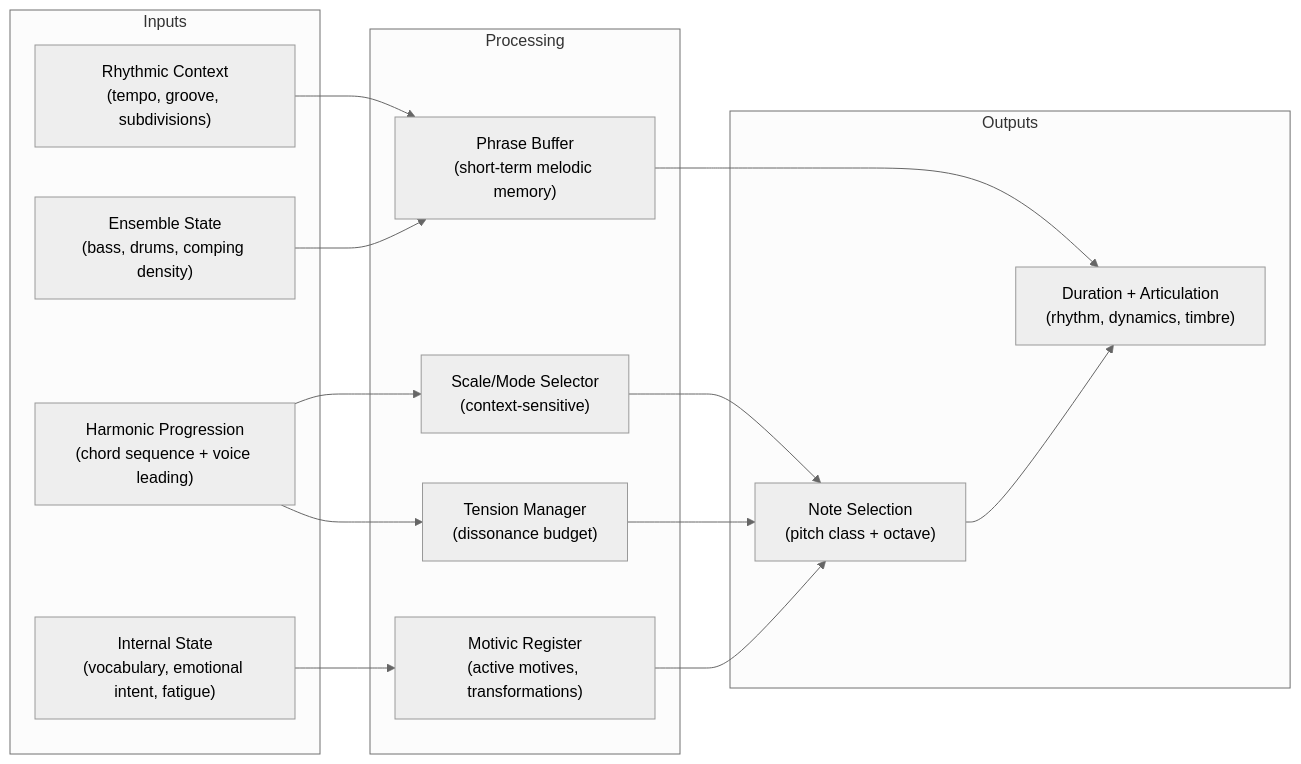
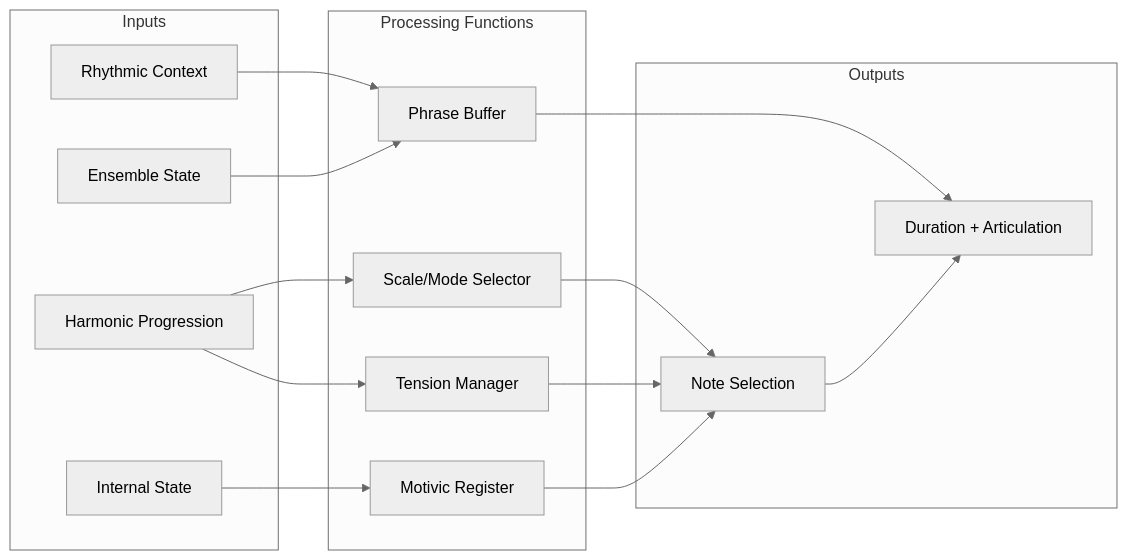
One commit to blebleblee/synapse changed the second of 6 diagrams in topics/arts/composition/jazz_harmony/lesson_03_improvisation_techniques.md. Above: the diagram before and after it, drawn with Mermaid (neutral theme). The commit also changed other lines of this file and 4 other files, not shown here.

````diff
--- a/topics/arts/composition/jazz_harmony/lesson_03_improvisation_techniques.md
+++ b/topics/arts/composition/jazz_harmony/lesson_03_improvisation_techniques.md
@@ -123,32 +140,32 @@
 ```mermaid
 flowchart LR
-    subgraph Inputs
-        H["Harmonic Progression\n(chord sequence + voice leading)"]
-        R["Rhythmic Context\n(tempo, groove, subdivisions)"]
-        E["Ensemble State\n(bass, drums, comping density)"]
-        I["Internal State\n(vocabulary, emotional intent, fatigue)"]
+    subgraph sub_inputs ["Inputs"]
+        H["Harmonic Progression"]
+        R["Rhythmic Context"]
+        E["Ensemble State"]
+        I["Internal State"]
     end
 
-    subgraph Processing
-        P["Phrase Buffer\n(short-term melodic memory)"]
-        S["Scale/Mode Selector\n(context-sensitive)"]
-        T["Tension Manager\n(dissonance budget)"]
-        M["Motivic Register\n(active motives, transformations)"]
+    subgraph sub_processing ["Processing Functions"]
+        P["Phrase Buffer"]
+        S["Scale/Mode Selector"]
+        T["Tension Manager"]
+        M["Motivic Register"]
     end
 
-    subgraph Outputs
-        N["Note Selection\n(pitch class + octave)"]
-        D["Duration + Articulation\n(rhythm, dynamics, timbre)"]
+    subgraph sub_outputs ["Outputs"]
+        N["Note Selection"]
+        D["Duration + Articulation"]
     end
 
     H --> S
     H --> T
     R --> P
     E --> P
     I --> M
     S --> N
     T --> N
     M --> N
     P --> D
     N --> D
 ```
````
